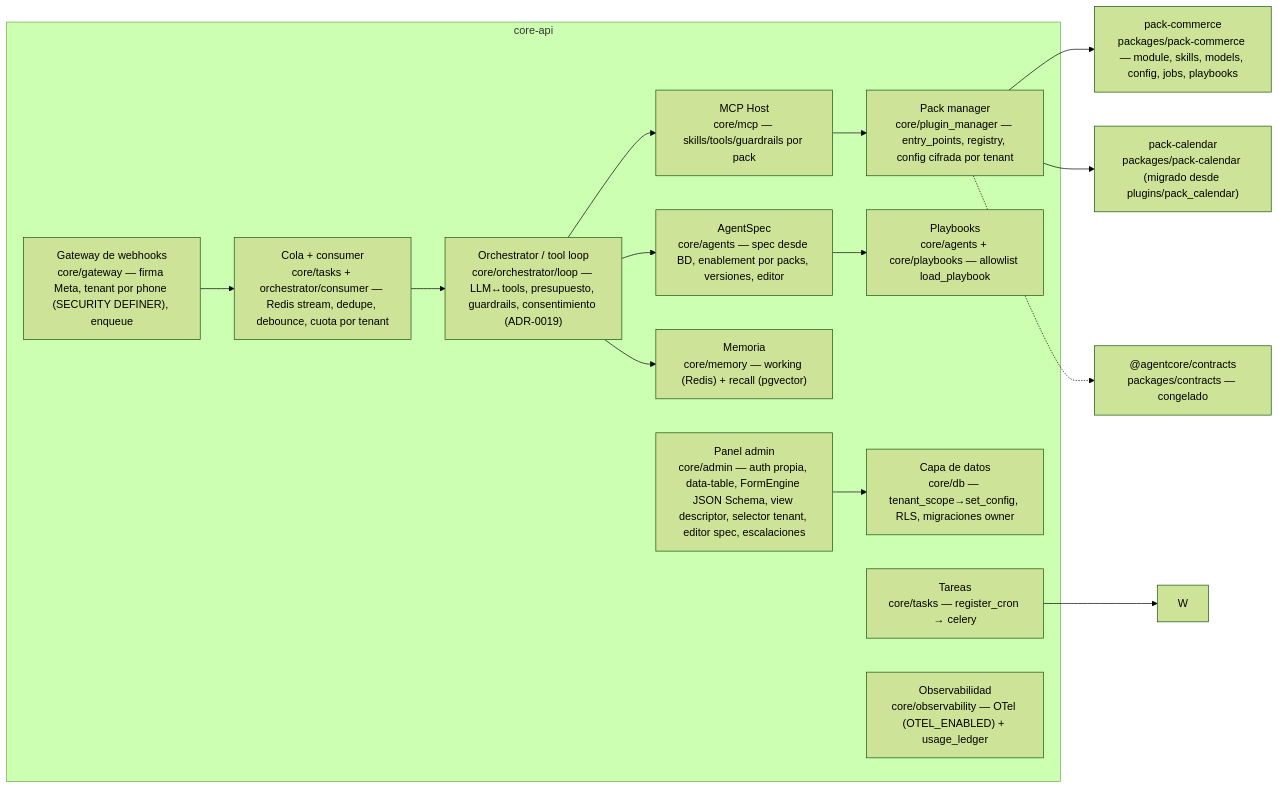
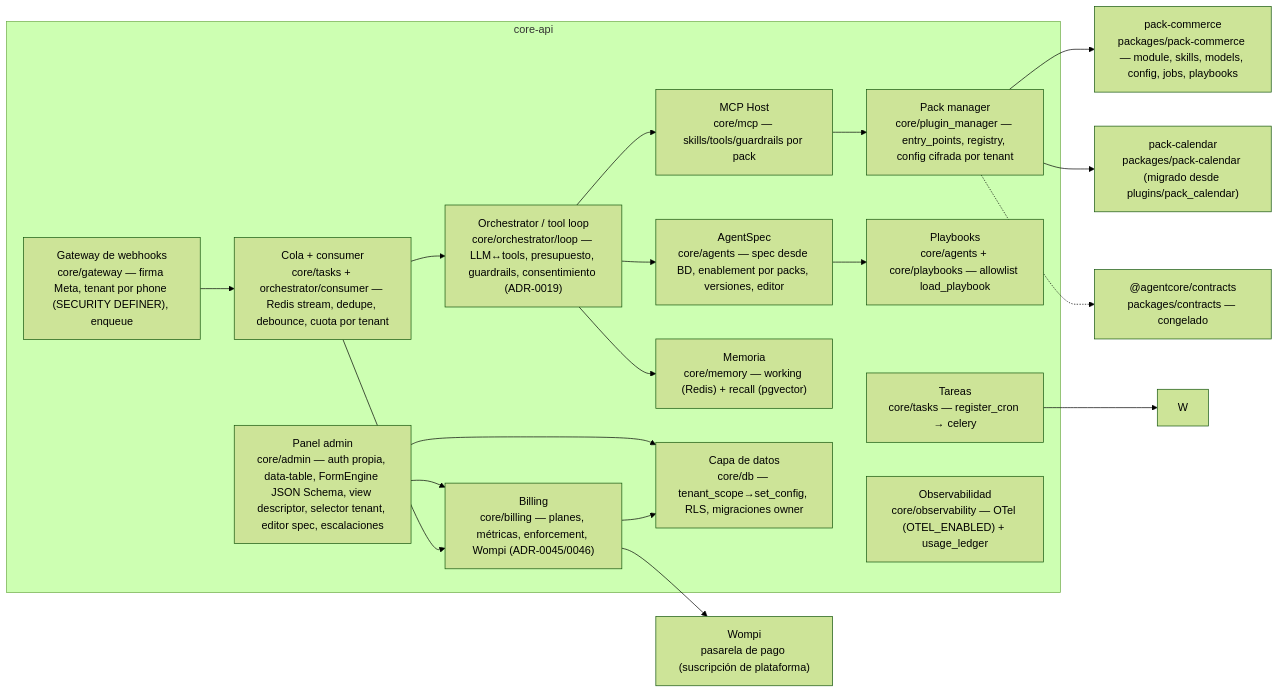
The third of 3 diagrams in docs/architecture/c4.md (devrochy/agent-core), drawn with Mermaid (forest theme) before and after one commit. The commit also changed other lines of this file and 51 other files, not shown here.

First line of the commit message:
feat(billing): planes, cuotas, enforcement y cobro Wompi (ADR-0045/0046)

````diff
--- a/docs/architecture/c4.md
+++ b/docs/architecture/c4.md
@@ -50,28 +50,34 @@
 ```mermaid
 graph LR
   subgraph API["core-api"]
     GW["Gateway de webhooks<br/>core/gateway — firma Meta, tenant por phone (SECURITY DEFINER), enqueue"]
     Q["Cola + consumer<br/>core/tasks + orchestrator/consumer — Redis stream, dedupe, debounce, cuota por tenant"]
     LP["Orchestrator / tool loop<br/>core/orchestrator/loop — LLM↔tools, presupuesto, guardrails, consentimiento (ADR-0019)"]
     MCP["MCP Host<br/>core/mcp — skills/tools/guardrails por pack"]
     PM["Pack manager<br/>core/plugin_manager — entry_points, registry, config cifrada por tenant"]
     SP["AgentSpec<br/>core/agents — spec desde BD, enablement por packs, versiones, editor"]
     PL["Playbooks<br/>core/agents + core/playbooks — allowlist load_playbook"]
     MEM["Memoria<br/>core/memory — working (Redis) + recall (pgvector)"]
     ADM["Panel admin<br/>core/admin — auth propia, data-table, FormEngine JSON Schema, view descriptor, selector tenant, editor spec, escalaciones"]
     DB["Capa de datos<br/>core/db — tenant_scope→set_config, RLS, migraciones owner"]
+    BIL["Billing<br/>core/billing — planes, métricas, enforcement, Wompi (ADR-0045/0046)"]
     TSK["Tareas<br/>core/tasks — register_cron → celery"]
     OBS["Observabilidad<br/>core/observability — OTel (OTEL_ENABLED) + usage_ledger"]
   end
   PC["pack-commerce<br/>packages/pack-commerce — module, skills, models, config, jobs, playbooks"]
   CAL["pack-calendar<br/>packages/pack-calendar (migrado desde plugins/pack_calendar)"]
   CT["@agentcore/contracts<br/>packages/contracts — congelado"]
+  WPI["Wompi<br/>pasarela de pago (suscripción de plataforma)"]
   GW --> Q --> LP --> MCP --> PM
   LP --> SP --> PL
   LP --> MEM
   ADM --> DB
+  ADM --> BIL
+  Q --> BIL
+  BIL --> WPI
+  BIL --> DB
   PM --> PC
   PM --> CAL
   PM -.-> CT
   TSK --> W
 ```
````
